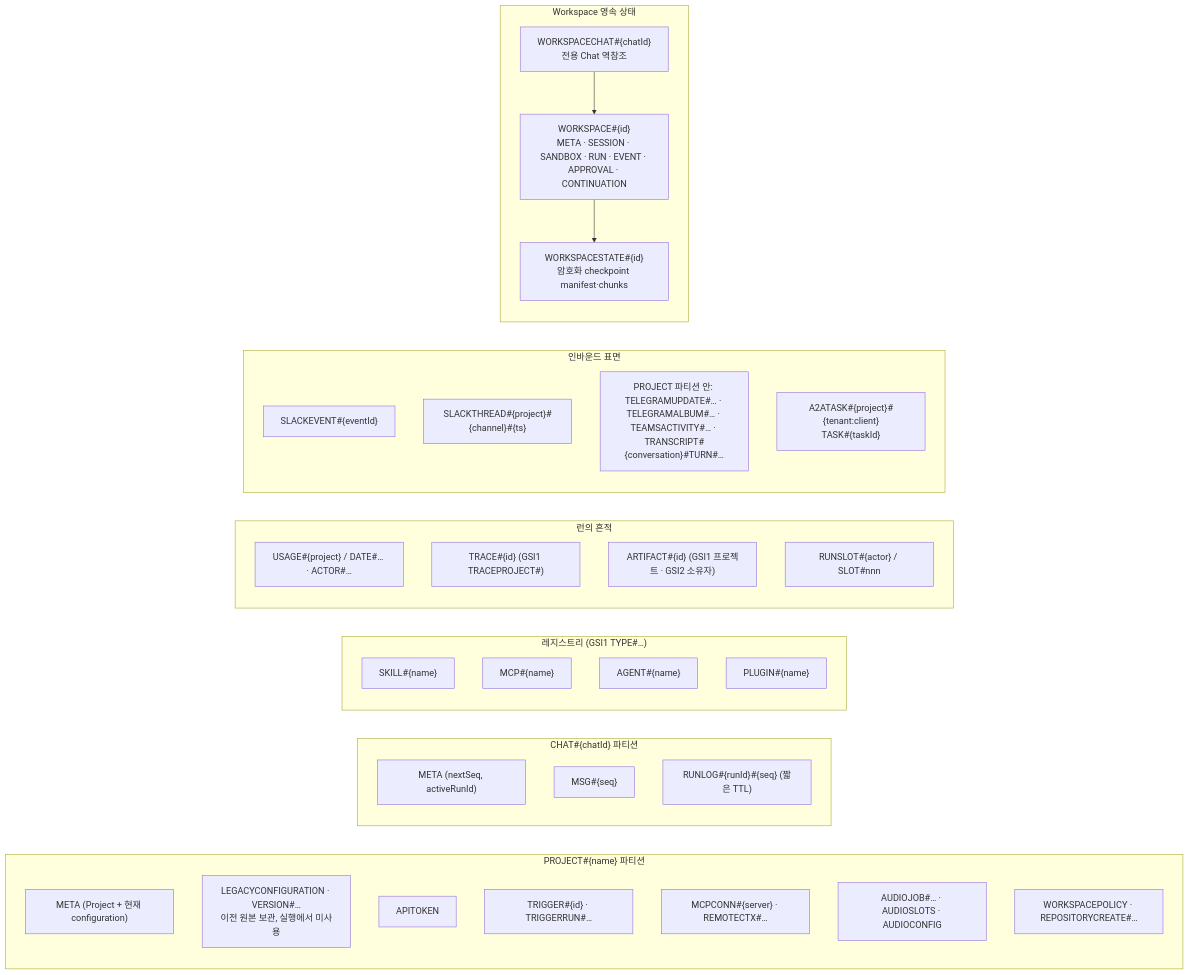
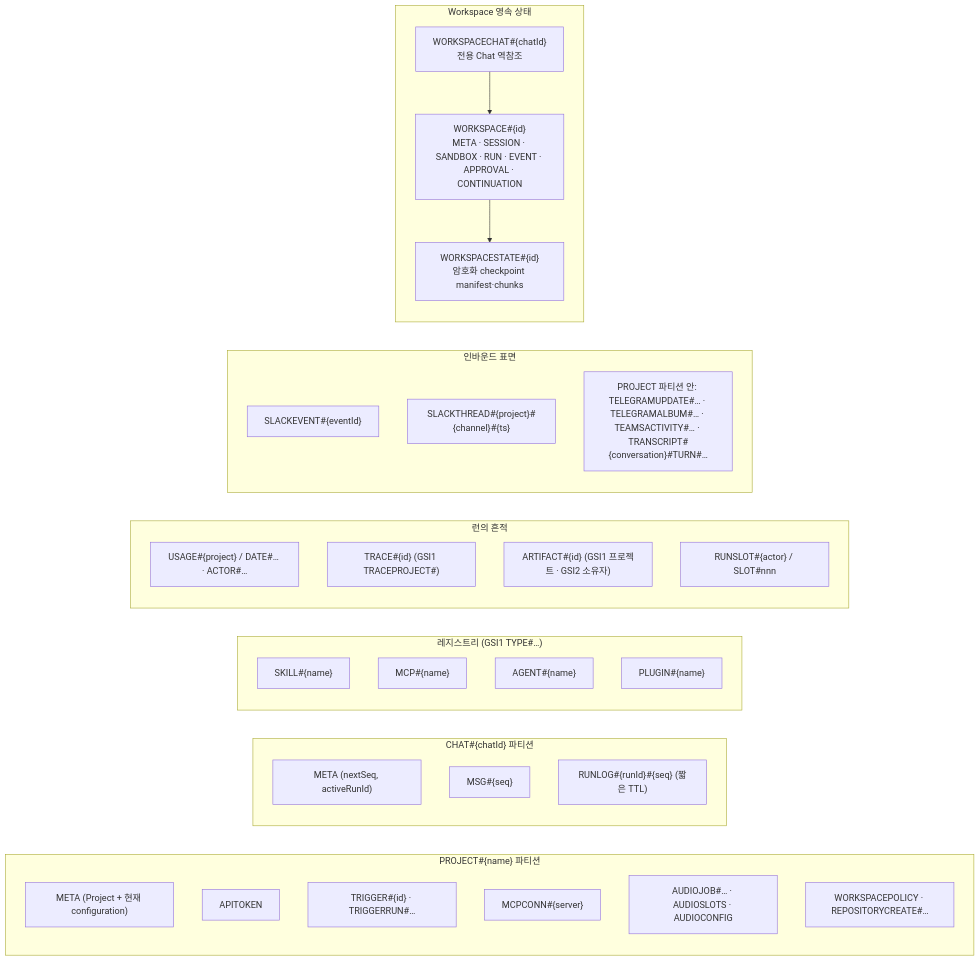
Before and after one commit to opspresso/agent-studio: the seventh of 9 diagrams in docs/DIAGRAMS.md, drawn with Mermaid. The commit also changed other lines of this file and 18 other files, not shown here.

````diff
--- a/docs/DIAGRAMS.md
+++ b/docs/DIAGRAMS.md
@@ -229,42 +226,40 @@
 ```mermaid
 flowchart LR
   subgraph project["PROJECT#{name} 파티션"]
     meta["META (Project + 현재 configuration)"]
-    ver["LEGACYCONFIGURATION · VERSION#…<br/>이전 원본 보관, 실행에서 미사용"]
     tok["APITOKEN"]
     trig["TRIGGER#{id} · TRIGGERRUN#…"]
-    conn["MCPCONN#{server} · REMOTECTX#…"]
+    conn["MCPCONN#{server}"]
     jobs["AUDIOJOB#… · AUDIOSLOTS · AUDIOCONFIG"]
     policy["WORKSPACEPOLICY · REPOSITORYCREATE#…"]
   end
   subgraph chat["CHAT#{chatId} 파티션"]
     cmeta["META (nextSeq, activeRunId)"]
     msg["MSG#{seq}"]
     runlog["RUNLOG#{runId}#{seq} (짧은 TTL)"]
   end
   subgraph registry["레지스트리 (GSI1 TYPE#…)"]
     skill["SKILL#{name}"]
     mcp["MCP#{name}"]
     agent["AGENT#{name}"]
     plugin["PLUGIN#{name}"]
   end
   subgraph runs["런의 흔적"]
     usage["USAGE#{project} / DATE#… · ACTOR#…"]
     trace["TRACE#{id} (GSI1 TRACEPROJECT#)"]
     artifact["ARTIFACT#{id} (GSI1 프로젝트 · GSI2 소유자)"]
     slot["RUNSLOT#{actor} / SLOT#nnn"]
   end
   subgraph inbound["인바운드 표면"]
     sev["SLACKEVENT#{eventId}"]
     sthread["SLACKTHREAD#{project}#{channel}#{ts}"]
     transcript["PROJECT 파티션 안: TELEGRAMUPDATE#… · TELEGRAMALBUM#… · TEAMSACTIVITY#… · TRANSCRIPT#{conversation}#TURN#…"]
-    a2atask["A2ATASK#{project}#{tenant:client}<br/>TASK#{taskId}"]
   end
   subgraph workspace["Workspace 영속 상태"]
     ws["WORKSPACE#{id}<br/>META · SESSION · SANDBOX · RUN · EVENT · APPROVAL · CONTINUATION"]
     cp["WORKSPACESTATE#{id}<br/>암호화 checkpoint manifest·chunks"]
     mapping["WORKSPACECHAT#{chatId}<br/>전용 Chat 역참조"]
     ws --> cp
     mapping --> ws
   end
 ```
````
